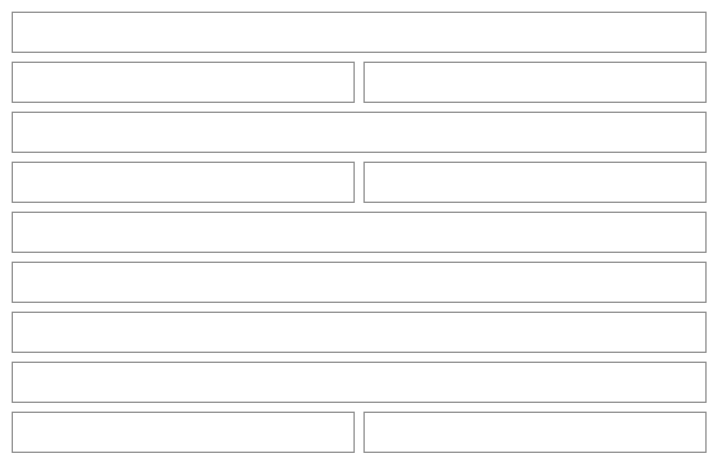
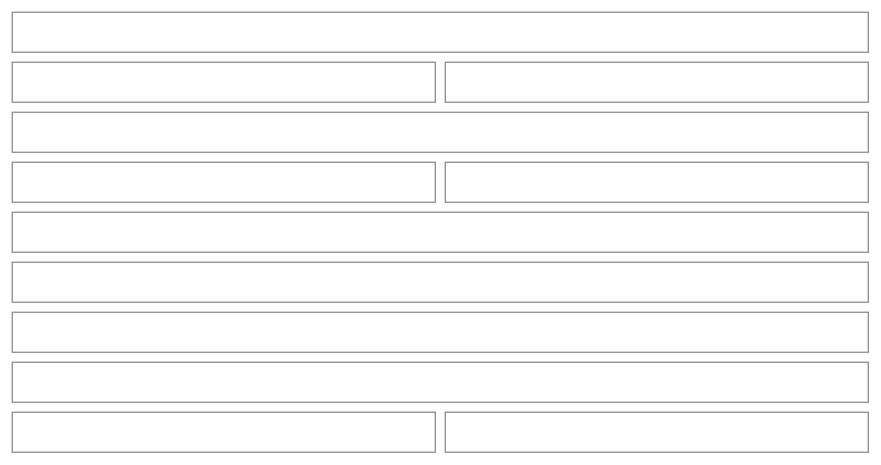
Before and after one commit to NovaMoonX/moondreams-dev-apps: diagram 31 of 56 in src/apps/pinch/UX.md, drawn with Mermaid. The commit also changed other lines of this file and 4 other files, not shown here.

````diff
--- a/src/apps/pinch/UX.md
+++ b/src/apps/pinch/UX.md
@@ -1054,29 +1054,29 @@
 ```mermaid
 %%{init: {'theme': 'base', 'themeVariables': {'primaryColor': 'transparent', 'primaryBorderColor': '#888888', 'primaryTextColor': '#333333', 'lineColor': '#888888'}}}%%
 block-beta
   columns 2
   K1["‹ Adobo chicken & 1 more"]:2
   K1b["Adobo chicken  (dish card, on screen)"]:1
   K1c["Cilantro lime rice · Step 1 of 2"]:1
   K1n["📝 Oct 13: …Next time double the garlic  ⌄"]:2
   K4["Step 2 of 3  ▬▬▬▬───"]:1
   K3["☰ Ingredients"]:1
   K5["Simmer everything with the bay leaves and pepper, covered, for 25 minutes."]:2
   K6["⏲️ Timer · 25:00   ▶ Start"]:2
   K5b["For this step · Bay leaves 2 · Black pepper 1 tsp  (quieter tinted block)"]:2
-  K7["12:41 · Adobo chicken / Marinate the chicken   ⏸  ✕  (timers from other steps)"]:2
+  K7["12:41 Marinate the chicken · 4:59 Add the vinegar  (timers in the background; a tap shows one)"]:2
   K8["Back"]:1
   K9["Next"]:1
   style K1 fill:transparent,stroke:#888888,stroke-width:1px;
   style K1b fill:transparent,stroke:#888888,stroke-width:1px;
   style K1c fill:transparent,stroke:#888888,stroke-width:1px;
   style K1n fill:transparent,stroke:#888888,stroke-width:1px;
   style K3 fill:transparent,stroke:#888888,stroke-width:1px;
   style K4 fill:transparent,stroke:#888888,stroke-width:1px;
   style K5 fill:transparent,stroke:#888888,stroke-width:1px;
   style K5b fill:transparent,stroke:#888888,stroke-width:1px;
   style K6 fill:transparent,stroke:#888888,stroke-width:1px;
   style K7 fill:transparent,stroke:#888888,stroke-width:1px;
   style K8 fill:transparent,stroke:#888888,stroke-width:1px;
   style K9 fill:transparent,stroke:#888888,stroke-width:1px;
 ```
````
